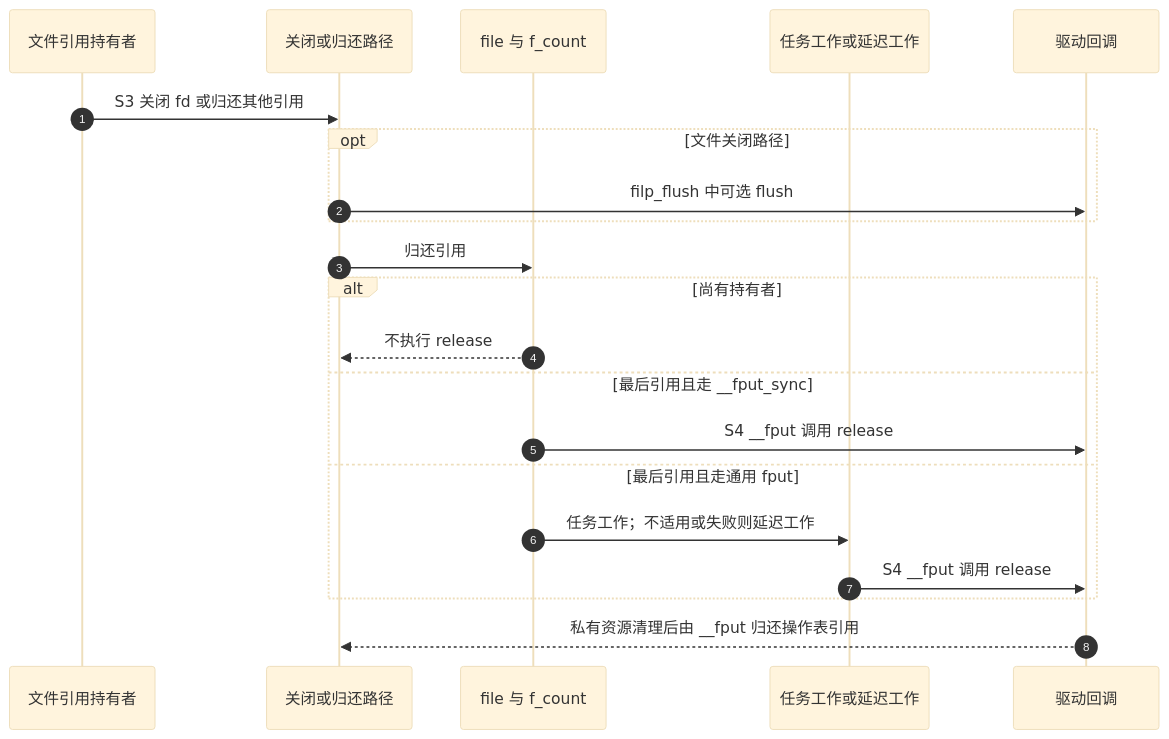
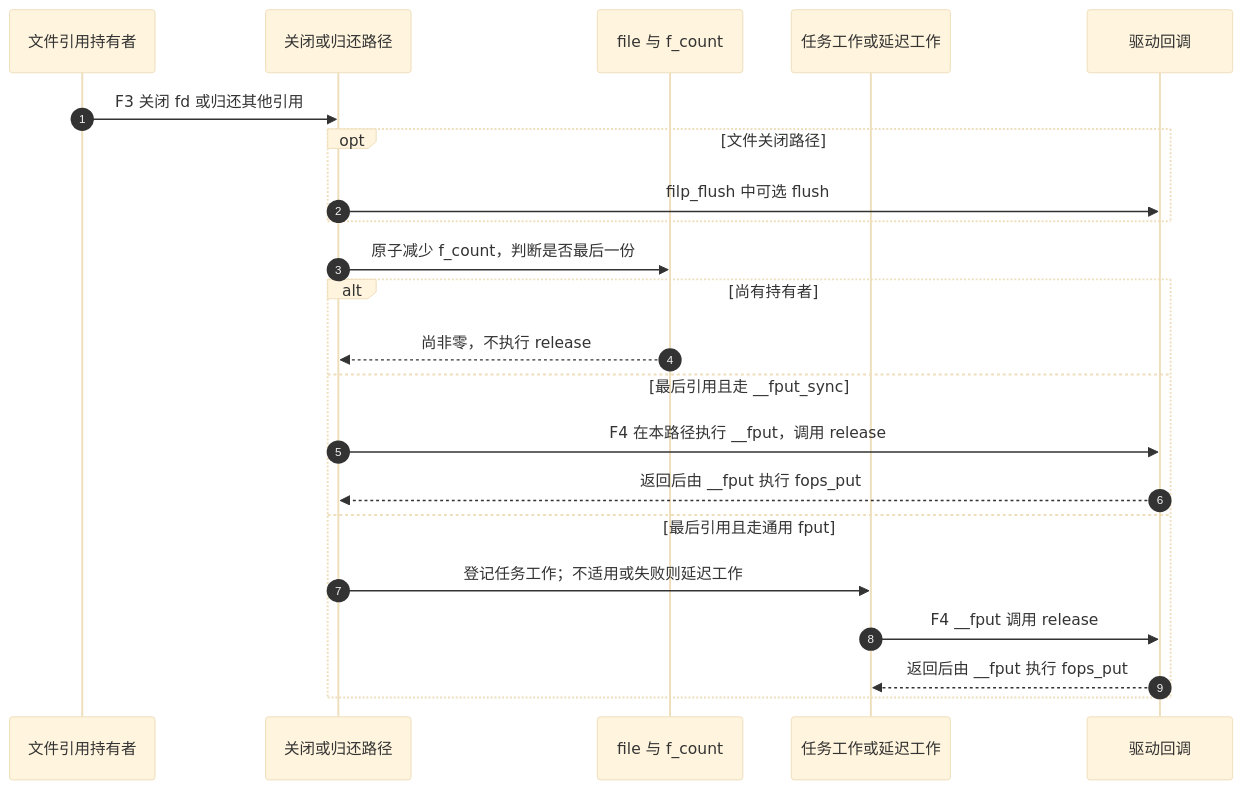
Before and after one commit to FormingSystem/linux_note: the second of 4 diagrams in research/source_reading/character_device/navigation/P03_文件操作与打开寿命导读.md, drawn with Mermaid (base theme). The commit also changed other lines of this file and 6 other files, not shown here.

````diff
--- a/research/source_reading/character_device/navigation/P03_文件操作与打开寿命导读.md
+++ b/research/source_reading/character_device/navigation/P03_文件操作与打开寿命导读.md
@@ -47,23 +51,24 @@
 ```mermaid
 sequenceDiagram
     autonumber
     participant owner as 文件引用持有者
     participant close as 关闭或归还路径
-    participant file as file 与 f_count
+    participant state as file 与 f_count
     participant work as 任务工作或延迟工作
     participant drv as 驱动回调
-    owner->>close: S3 关闭 fd 或归还其他引用
+    owner->>close: F3 关闭 fd 或归还其他引用
     opt 文件关闭路径
         close->>drv: filp_flush 中可选 flush
     end
-    close->>file: 归还引用
+    close->>state: 原子减少 f_count，判断是否最后一份
     alt 尚有持有者
-        file-->>close: 不执行 release
+        state-->>close: 尚非零，不执行 release
     else 最后引用且走 __fput_sync
-        file->>drv: S4 __fput 调用 release
+        close->>drv: F4 在本路径执行 __fput，调用 release
+        drv-->>close: 返回后由 __fput 执行 fops_put
     else 最后引用且走通用 fput
-        file->>work: 任务工作；不适用或失败则延迟工作
-        work->>drv: S4 __fput 调用 release
+        close->>work: 登记任务工作；不适用或失败则延迟工作
+        work->>drv: F4 __fput 调用 release
+        drv-->>work: 返回后由 __fput 执行 fops_put
     end
-    drv-->>close: 私有资源清理后由 __fput 归还操作表引用
 ```
````
